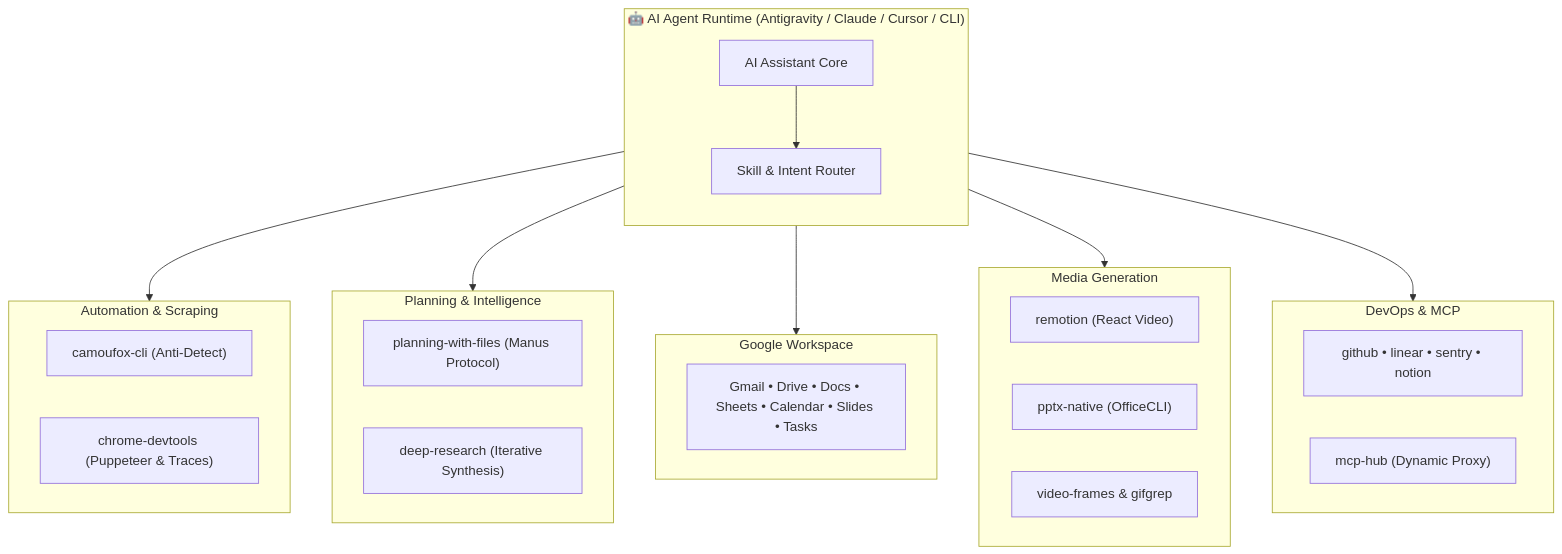
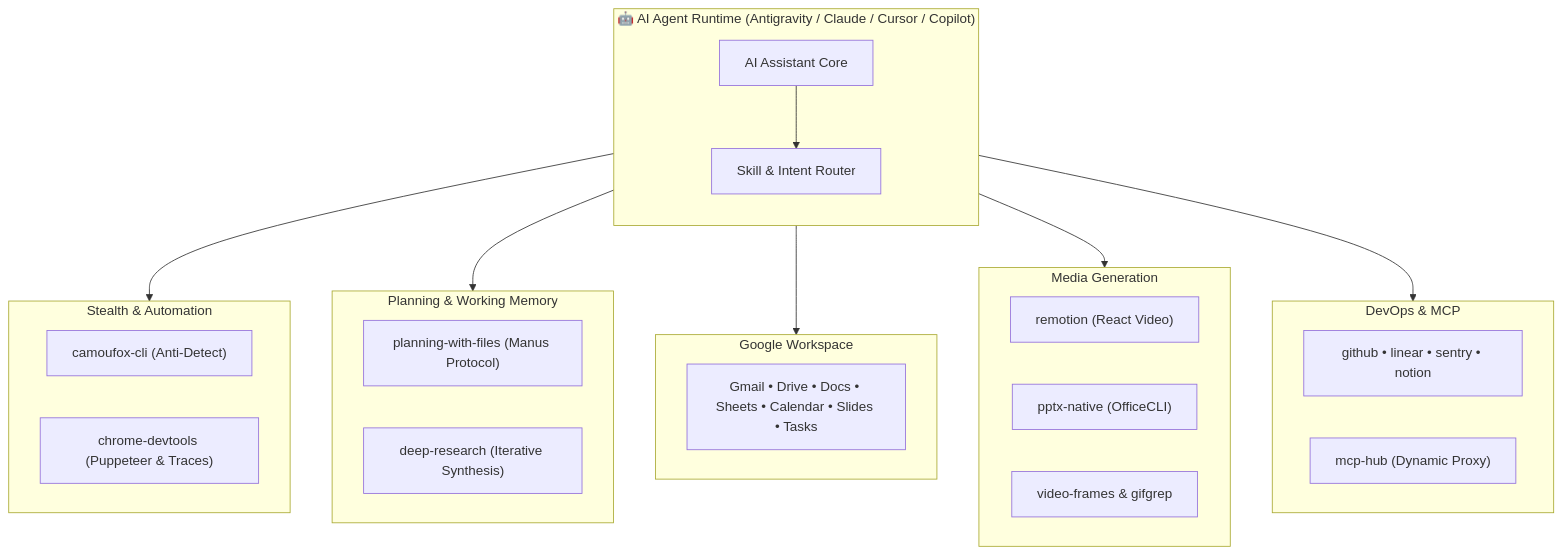
The diagram in README.md (ibrdot/ai-agent-skills), drawn with Mermaid before and after one commit. The commit also changed other lines of this file, not shown here.

````diff
--- a/README.md
+++ b/README.md
@@ -40,38 +72,38 @@
 ```mermaid
 flowchart TD
-    subgraph AgentRuntime["🤖 AI Agent Runtime (Antigravity / Claude / Cursor / CLI)"]
+    subgraph AgentRuntime["🤖 AI Agent Runtime (Antigravity / Claude / Cursor / Copilot)"]
         direction TB
         Agent["AI Assistant Core"] --> Router["Skill & Intent Router"]
     end
 
-    Router --> WebAuto["🌐 Web & Automation"]
-    Router --> PlanMem["🧠 Memory & Research"]
+    Router --> WebAuto["🌐 Stealth & Web Automation"]
+    Router --> PlanMem["🧠 Memory & Intelligence"]
     Router --> GWS["☁️ Google Workspace Suite"]
     Router --> MediaDev["🎬 Media & Presentation"]
     Router --> OpsDev["🛠️ DevOps & Observability"]
 
-    subgraph WebAuto["Automation & Scraping"]
+    subgraph WebAuto["Stealth & Automation"]
         camoufox["camoufox-cli (Anti-Detect)"]
         devtools["chrome-devtools (Puppeteer & Traces)"]
     end
 
-    subgraph PlanMem["Planning & Intelligence"]
+    subgraph PlanMem["Planning & Working Memory"]
         planning["planning-with-files (Manus Protocol)"]
         research["deep-research (Iterative Synthesis)"]
     end
 
     subgraph GWS["Google Workspace"]
         gws["Gmail • Drive • Docs • Sheets • Calendar • Slides • Tasks"]
     end
 
     subgraph MediaDev["Media Generation"]
         remotion["remotion (React Video)"]
         pptx["pptx-native (OfficeCLI)"]
         frames["video-frames & gifgrep"]
     end
 
     subgraph OpsDev["DevOps & MCP"]
         github["github • linear • sentry • notion"]
         mcphub["mcp-hub (Dynamic Proxy)"]
     end
 ```
````
